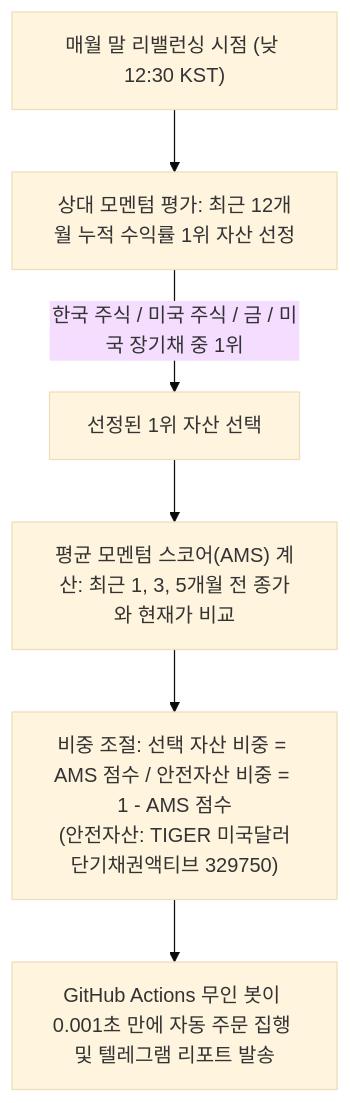
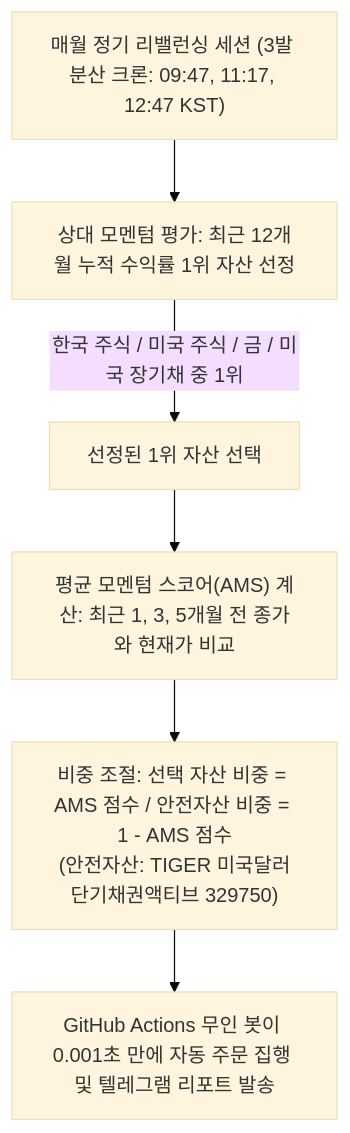
One commit to hyh54311-dev/jinhae-admission-system changed the first of 3 diagrams in retirement_savings_dual_momentum_guide.md. Above: the diagram before and after it, drawn with Mermaid (base theme). The commit also changed other lines of this file, not shown here.

````diff
--- a/retirement_savings_dual_momentum_guide.md
+++ b/retirement_savings_dual_momentum_guide.md
@@ -719,8 +721,8 @@
 ```mermaid
 graph TD
- A["매월 말 리밸런싱 시점 (낮 12:30 KST)"] --> B["상대 모멘텀 평가: 최근 12개월 누적 수익률 1위 자산 선정"]
+ A["매월 정기 리밸런싱 세션 (3발 분산 크론: 09:47, 11:17, 12:47 KST)"] --> B["상대 모멘텀 평가: 최근 12개월 누적 수익률 1위 자산 선정"]
  B -- "한국 주식 / 미국 주식 / 금 / 미국 장기채 중 1위" --> C["선정된 1위 자산 선택"]
  C --> E["평균 모멘텀 스코어(AMS) 계산: 최근 1, 3, 5개월 전 종가와 현재가 비교"]
  E --> F["비중 조절: 선택 자산 비중 = AMS 점수 / 안전자산 비중 = 1 - AMS 점수<br>(안전자산: TIGER 미국달러단기채권액티브 329750)"]
  F --> G["GitHub Actions 무인 봇이 0.001초 만에 자동 주문 집행 및 텔레그램 리포트 발송"]
 ```
````
